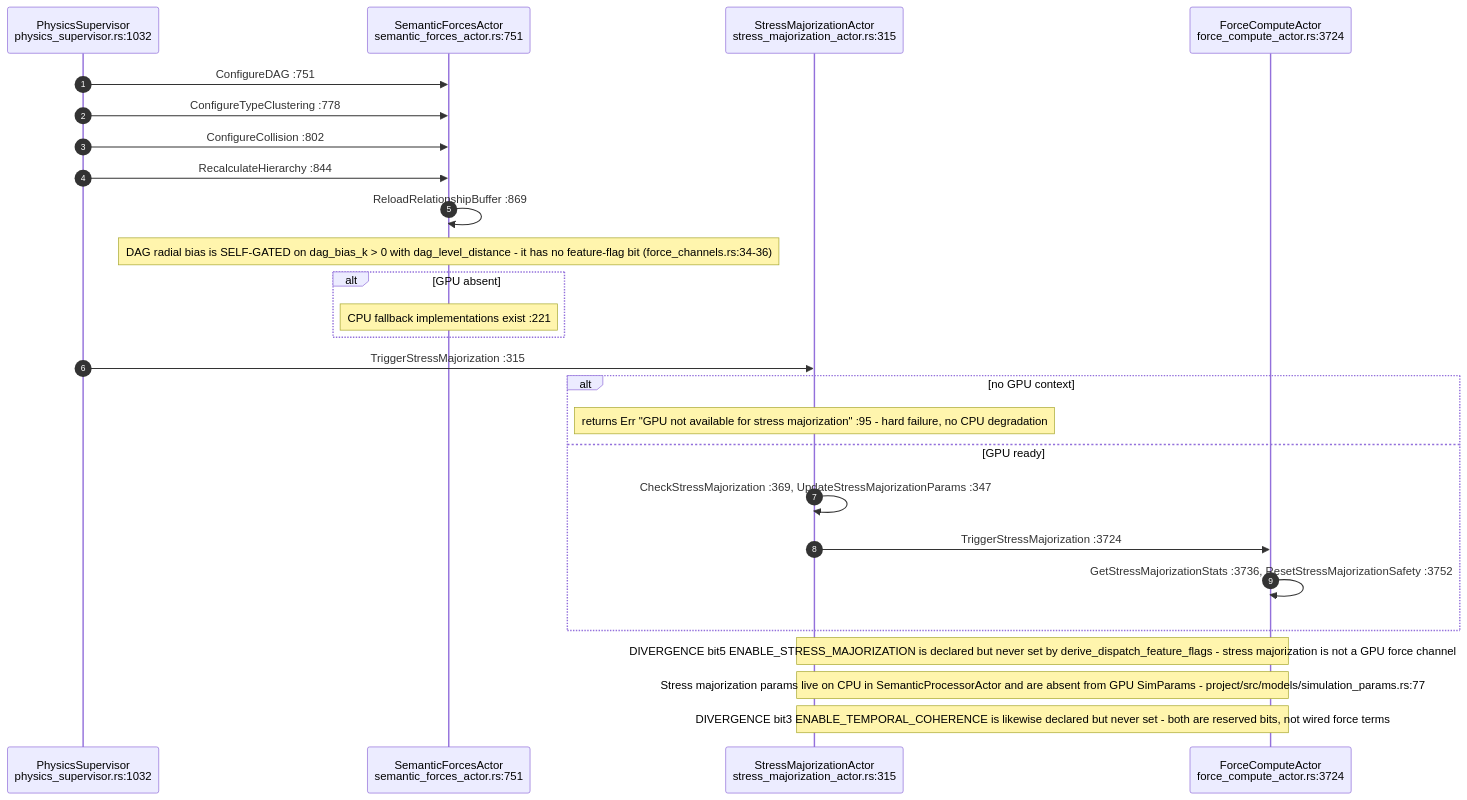
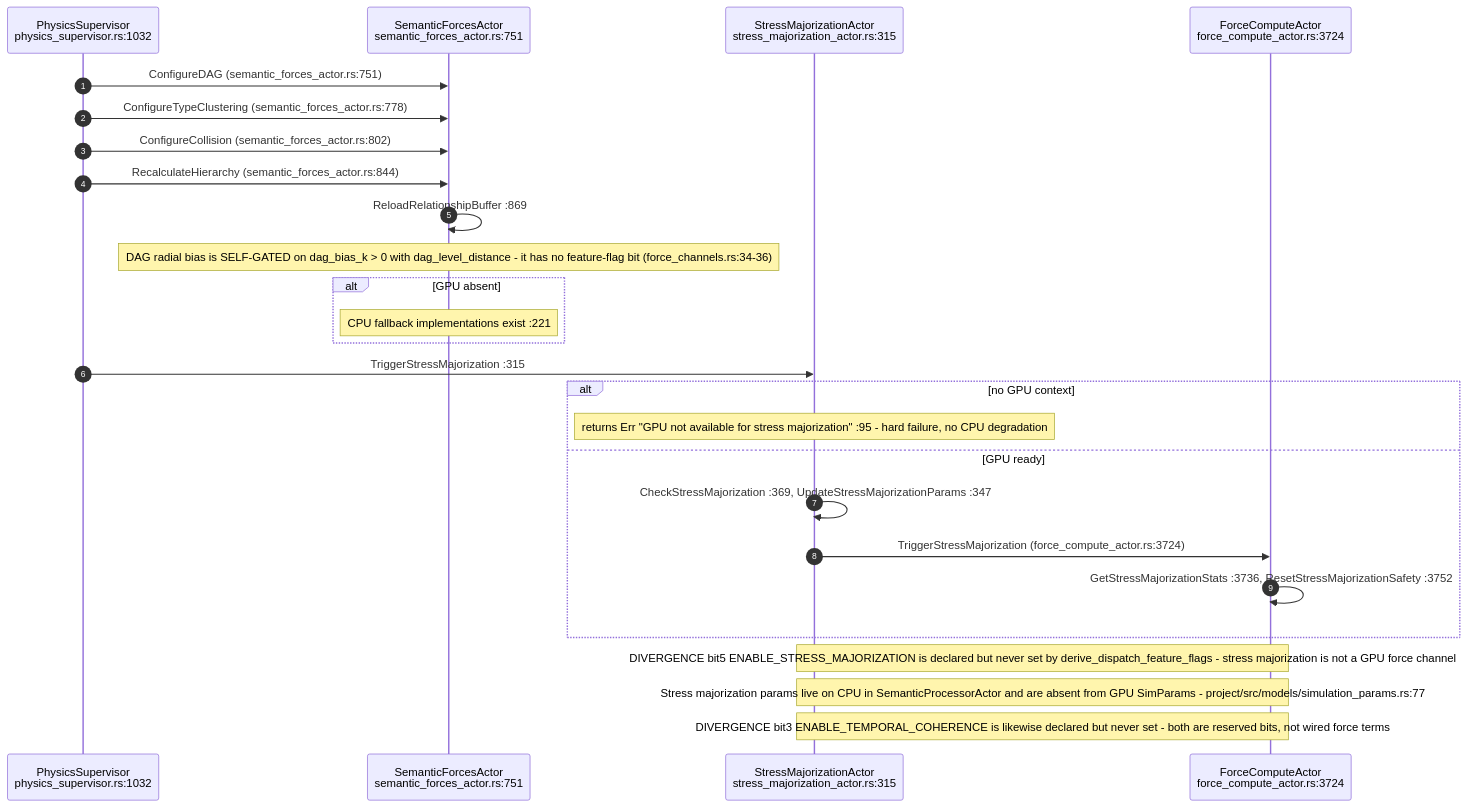
The seventh of 9 diagrams in docs/diagrams/visionclaw/11-physics-step-and-force-channels.md (DreamLab-AI/VisionFlow), drawn with Mermaid before and after one commit. The commit also changed other lines of this file and 52 other files, not shown here.

First line of the commit message:
docs(diagrams): wave 3 checkpoint — bare line refs resolved, revision-pinned cite-check, VC-05/AB-01..13 re-attested

````diff
--- a/docs/diagrams/visionclaw/11-physics-step-and-force-channels.md
+++ b/docs/diagrams/visionclaw/11-physics-step-and-force-channels.md
@@ -229,29 +229,29 @@
 ```mermaid
 sequenceDiagram
     autonumber
     participant PS as PhysicsSupervisor<br/>physics_supervisor.rs:1032
     participant SFA as SemanticForcesActor<br/>semantic_forces_actor.rs:751
     participant SMA as StressMajorizationActor<br/>stress_majorization_actor.rs:315
     participant FCA as ForceComputeActor<br/>force_compute_actor.rs:3724
 
-    PS->>SFA: ConfigureDAG :751
-    PS->>SFA: ConfigureTypeClustering :778
-    PS->>SFA: ConfigureCollision :802
-    PS->>SFA: RecalculateHierarchy :844
+    PS->>SFA: ConfigureDAG (semantic_forces_actor.rs:751)
+    PS->>SFA: ConfigureTypeClustering (semantic_forces_actor.rs:778)
+    PS->>SFA: ConfigureCollision (semantic_forces_actor.rs:802)
+    PS->>SFA: RecalculateHierarchy (semantic_forces_actor.rs:844)
     SFA->>SFA: ReloadRelationshipBuffer :869
     Note over SFA: DAG radial bias is SELF-GATED on dag_bias_k > 0 with dag_level_distance - it has no feature-flag bit (force_channels.rs:34-36)
     alt GPU absent
         Note over SFA: CPU fallback implementations exist :221
     end
     PS->>SMA: TriggerStressMajorization :315
     alt no GPU context
         Note over SMA: returns Err "GPU not available for stress majorization" :95 - hard failure, no CPU degradation
     else GPU ready
         SMA->>SMA: CheckStressMajorization :369, UpdateStressMajorizationParams :347
-        SMA->>FCA: TriggerStressMajorization :3724
+        SMA->>FCA: TriggerStressMajorization (force_compute_actor.rs:3724)
         FCA->>FCA: GetStressMajorizationStats :3736, ResetStressMajorizationSafety :3752
     end
     Note over SMA,FCA: DIVERGENCE bit5 ENABLE_STRESS_MAJORIZATION is declared but never set by derive_dispatch_feature_flags - stress majorization is not a GPU force channel
     Note over SMA,FCA: Stress majorization params live on CPU in SemanticProcessorActor and are absent from GPU SimParams - project/src/models/simulation_params.rs:77
     Note over SMA,FCA: DIVERGENCE bit3 ENABLE_TEMPORAL_COHERENCE is likewise declared but never set - both are reserved bits, not wired force terms
 ```
````
